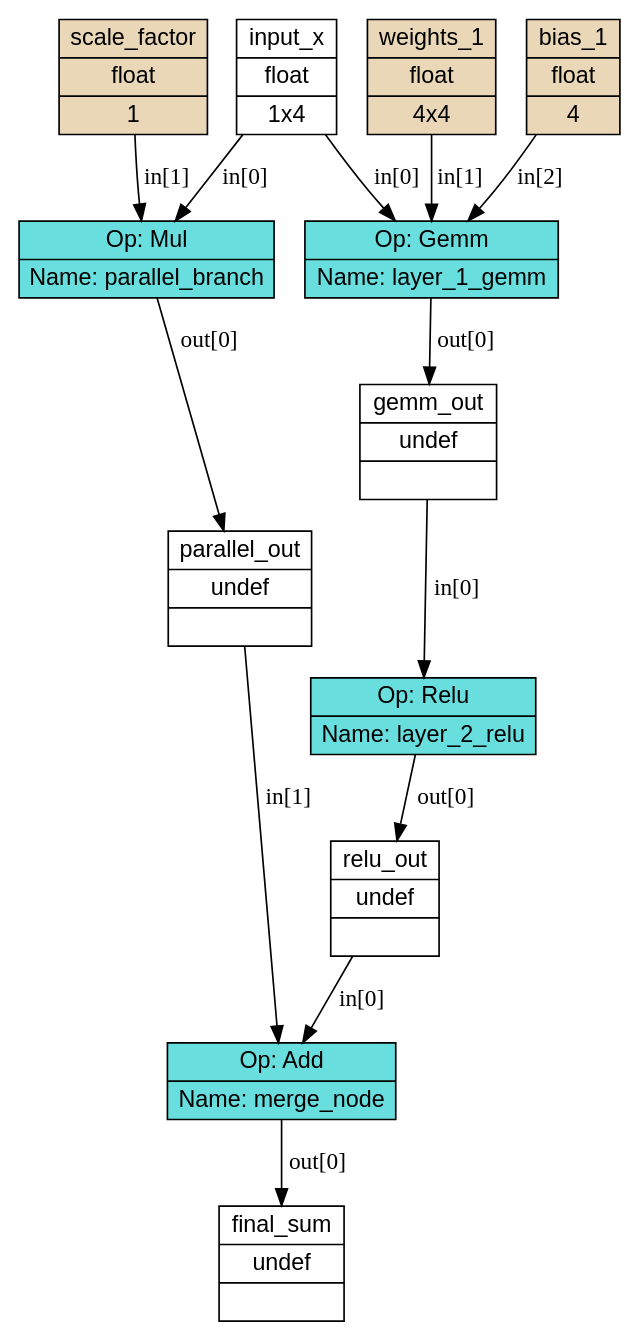
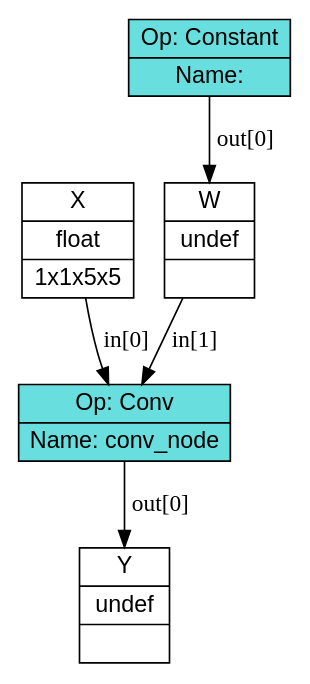
The diagram in graphviz/graph.dot (aywert/TensorCompiler), drawn with Graphviz before and after one commit. The commit also changed 3 other files, not shown here.

```diff
--- a/graphviz/graph.dot
+++ b/graphviz/graph.dot
@@ -1,28 +1,13 @@
 digraph ONNX_Graph {
   rankdir=TB; 
   node [shape=record, style=filled, fontname="Arial"];
-  "bias_1" [shape=record, style=filled, fillcolor="#ead7b8", label="{ bias_1 | float | 4 }"];
-  "scale_factor" [shape=record, style=filled, fillcolor="#ead7b8", label="{ scale_factor | float | 1 }"];
-  "weights_1" [shape=record, style=filled, fillcolor="#ead7b8", label="{ weights_1 | float | 4x4 }"];
-  "final_sum" [shape=record, style=filled, fillcolor="#ffffff", label="{ final_sum | undef |  }"];
-  "gemm_out" [shape=record, style=filled, fillcolor="#ffffff", label="{ gemm_out | undef |  }"];
-  "input_x" [shape=record, style=filled, fillcolor="#ffffff", label="{ input_x | float | 1x4 }"];
-  "parallel_out" [shape=record, style=filled, fillcolor="#ffffff", label="{ parallel_out | undef |  }"];
-  "relu_out" [shape=record, style=filled, fillcolor="#ffffff", label="{ relu_out | undef |  }"];
-  node_0 [label="{ Op: Gemm | Name: layer_1_gemm}", fillcolor="#68dede"];
-  "input_x" -> node_0 [label="in[0]"];
-  "weights_1" -> node_0 [label="in[1]"];
-  "bias_1" -> node_0 [label="in[2]"];
-  node_0 -> "gemm_out" [label="out[0]"];
-  node_1 [label="{ Op: Relu | Name: layer_2_relu}", fillcolor="#68dede"];
-  "gemm_out" -> node_1 [label="in[0]"];
-  node_1 -> "relu_out" [label="out[0]"];
-  node_2 [label="{ Op: Mul | Name: parallel_branch}", fillcolor="#68dede"];
-  "input_x" -> node_2 [label="in[0]"];
-  "scale_factor" -> node_2 [label="in[1]"];
-  node_2 -> "parallel_out" [label="out[0]"];
-  node_3 [label="{ Op: Add | Name: merge_node}", fillcolor="#68dede"];
-  "relu_out" -> node_3 [label="in[0]"];
-  "parallel_out" -> node_3 [label="in[1]"];
-  node_3 -> "final_sum" [label="out[0]"];
+  "W" [shape=record, style=filled, fillcolor="#ffffff", label="{ W | undef |  }"];
+  "X" [shape=record, style=filled, fillcolor="#ffffff", label="{ X | float | 1x1x5x5 }"];
+  "Y" [shape=record, style=filled, fillcolor="#ffffff", label="{ Y | undef |  }"];
+  node_0 [label="{ Op: Constant | Name: }", fillcolor="#68dede"];
+  node_0 -> "W" [label="out[0]"];
+  node_1 [label="{ Op: Conv | Name: conv_node}", fillcolor="#68dede"];
+  "X" -> node_1 [label="in[0]"];
+  "W" -> node_1 [label="in[1]"];
+  node_1 -> "Y" [label="out[0]"];
 }
```
